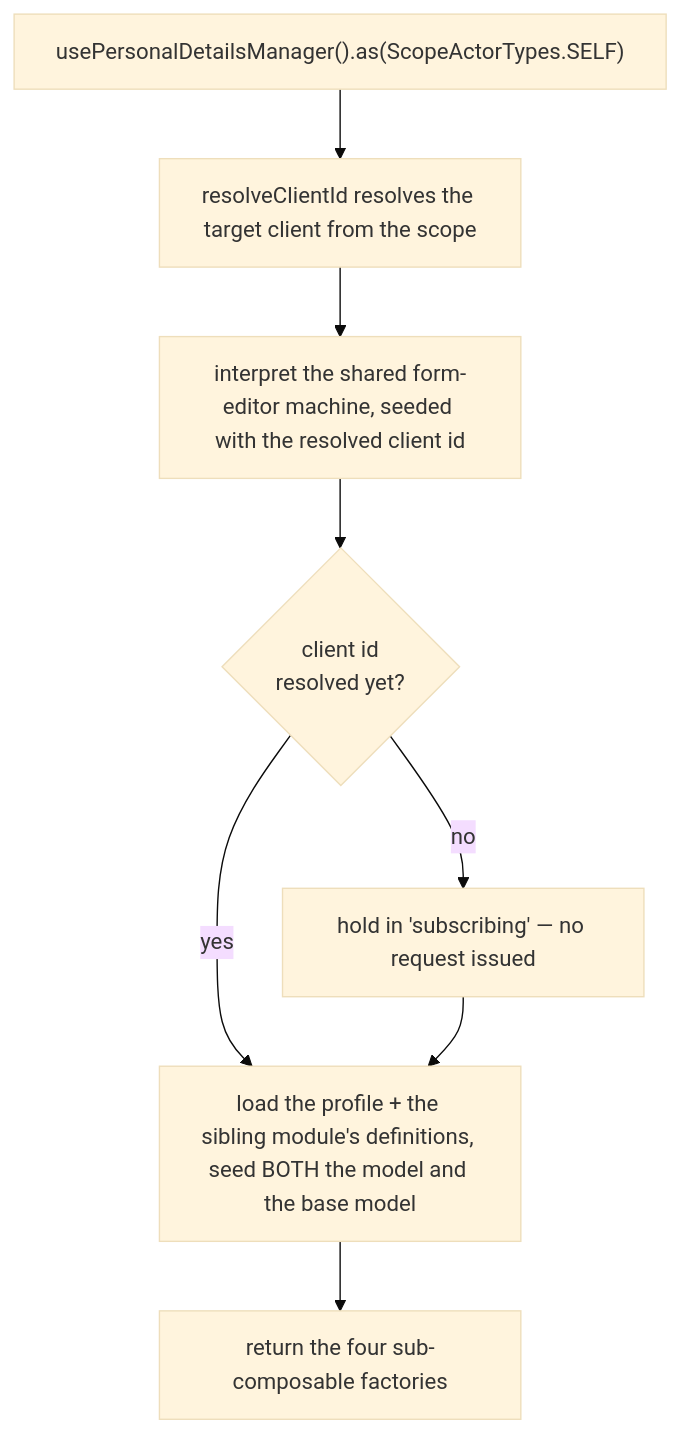
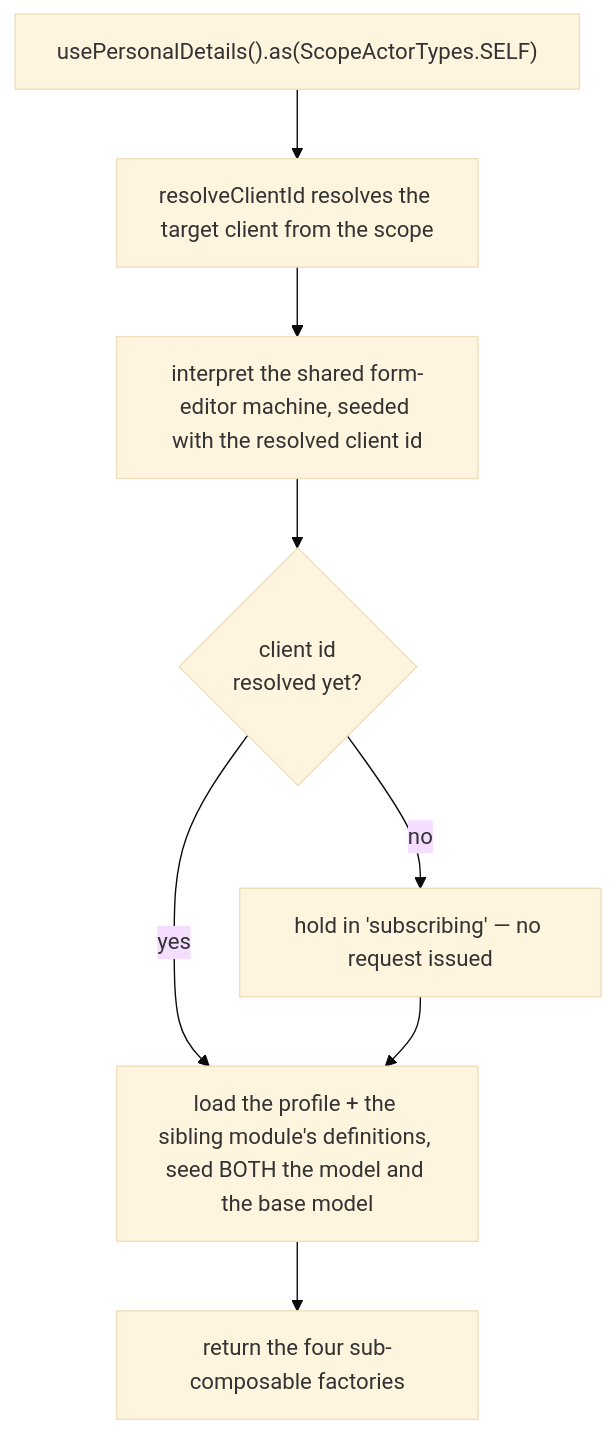
One commit to upmind/upmind-ui changed the first of 3 diagrams in packages/headless/src/modules/client-personal-details/docs/architecture.md. Above: the diagram before and after it, drawn with Mermaid (base theme). The commit also changed other lines of this file and 806 other files, not shown here.

````diff
--- a/packages/headless/src/modules/client-personal-details/docs/architecture.md
+++ b/packages/headless/src/modules/client-personal-details/docs/architecture.md
@@ -29,10 +15,10 @@
 ```mermaid
 flowchart TD
-  call["usePersonalDetailsManager().as(ScopeActorTypes.SELF)"] --> resolve["resolveClientId resolves the target client from the scope"]
+  call["usePersonalDetails().as(ScopeActorTypes.SELF)"] --> resolve["resolveClientId resolves the target client from the scope"]
   resolve --> interpret["interpret the shared form-editor machine, seeded with the resolved client id"]
   interpret --> gate{"client id<br/>resolved yet?"}
   gate -- no --> wait["hold in 'subscribing' — no request issued"]
   gate -- yes --> load["load the profile + the sibling module's definitions, seed BOTH the model and the base model"]
   wait --> load
   load --> ready["return the four sub-composable factories"]
 ```
````
